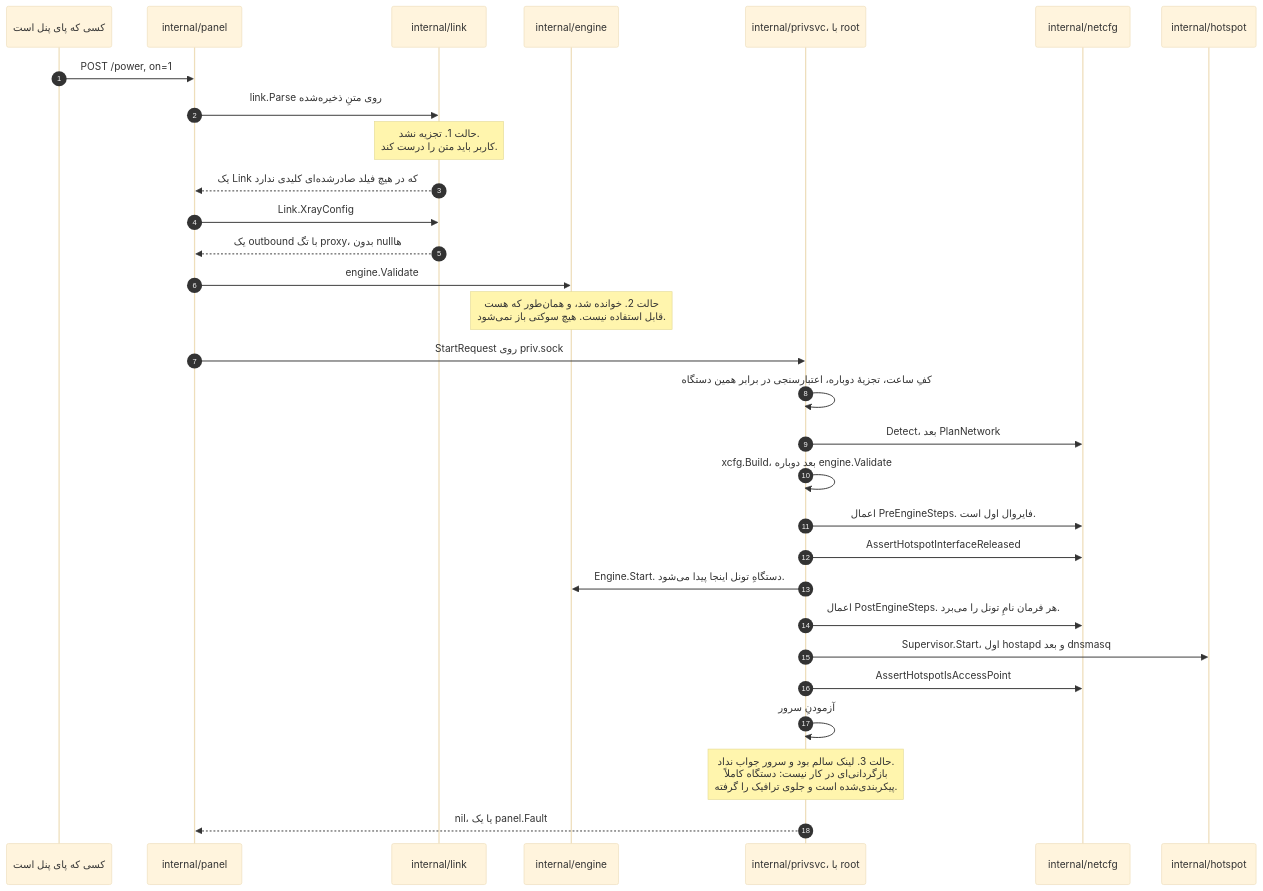
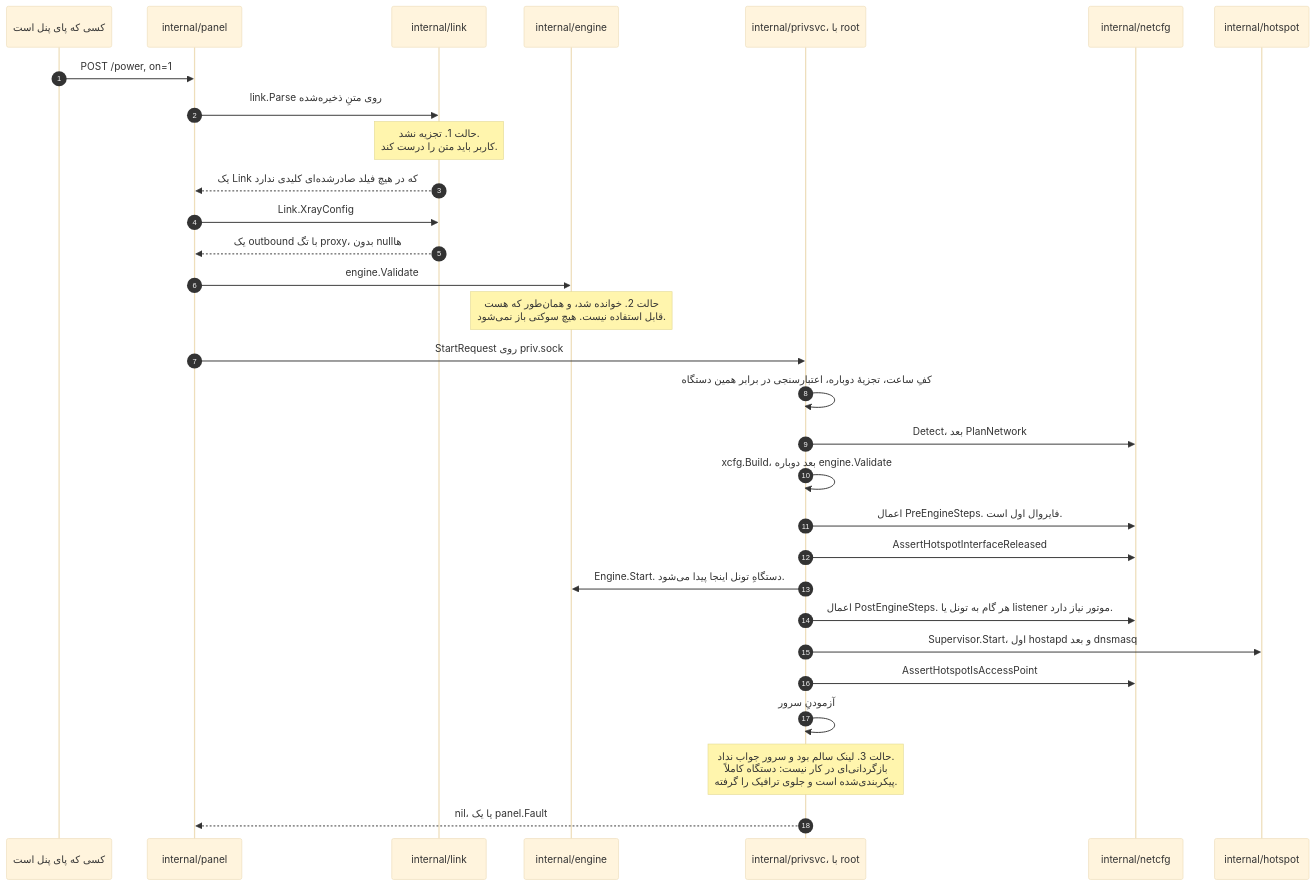
Before and after one commit to Iman/caspian: the fourth of 10 diagrams in README.fa.md, drawn with Mermaid (base theme). The commit also changed other lines of this file and 24 other files, not shown here.

````diff
--- a/README.fa.md
+++ b/README.fa.md
@@ -565,33 +570,33 @@
 ```mermaid
 sequenceDiagram
     autonumber
     participant U as کسی که پای پنل است
     participant PA as internal/panel
     participant LK as internal/link
     participant EN as internal/engine
     participant PS as internal/privsvc، با root
     participant NC as internal/netcfg
     participant HS as internal/hotspot
 
     U->>PA: POST /power, on=1
     PA->>LK: link.Parse روی متنِ ذخیره‌شده
     Note over LK: حالت 1. تجزیه نشد.<br/>کاربر باید متن را درست کند.
     LK-->>PA: یک Link که در هیچ فیلد صادرشده‌ای کلیدی ندارد
     PA->>LK: Link.XrayConfig
     LK-->>PA: یک outbound با تگ proxy، بدون nullها
     PA->>EN: engine.Validate
     Note over EN: حالت 2. خوانده شد، و همان‌طور که هست<br/>قابل استفاده نیست. هیچ سوکتی باز نمی‌شود.
     PA->>PS: StartRequest روی priv.sock
     PS->>PS: کفِ ساعت، تجزیهٔ دوباره، اعتبارسنجی در برابر همین دستگاه
     PS->>NC: Detect، بعد PlanNetwork
     PS->>PS: xcfg.Build، بعد دوباره engine.Validate
     PS->>NC: اعمال PreEngineSteps. فایروال اول است.
     PS->>NC: AssertHotspotInterfaceReleased
     PS->>EN: Engine.Start. دستگاهِ تونل اینجا پیدا می‌شود.
-    PS->>NC: اعمال PostEngineSteps. هر فرمان نامِ تونل را می‌برد.
+    PS->>NC: اعمال PostEngineSteps. هر گام به تونل یا listener موتور نیاز دارد.
     PS->>HS: Supervisor.Start، اول hostapd و بعد dnsmasq
     PS->>NC: AssertHotspotIsAccessPoint
     PS->>PS: آزمودنِ سرور
     Note over PS: حالت 3. لینک سالم بود و سرور جواب نداد.<br/>بازگردانی‌ای در کار نیست: دستگاه کاملاً<br/>پیکربندی‌شده است و جلوی ترافیک را گرفته.
     PS-->>PA: nil، یا یک panel.Fault
 ```
````
